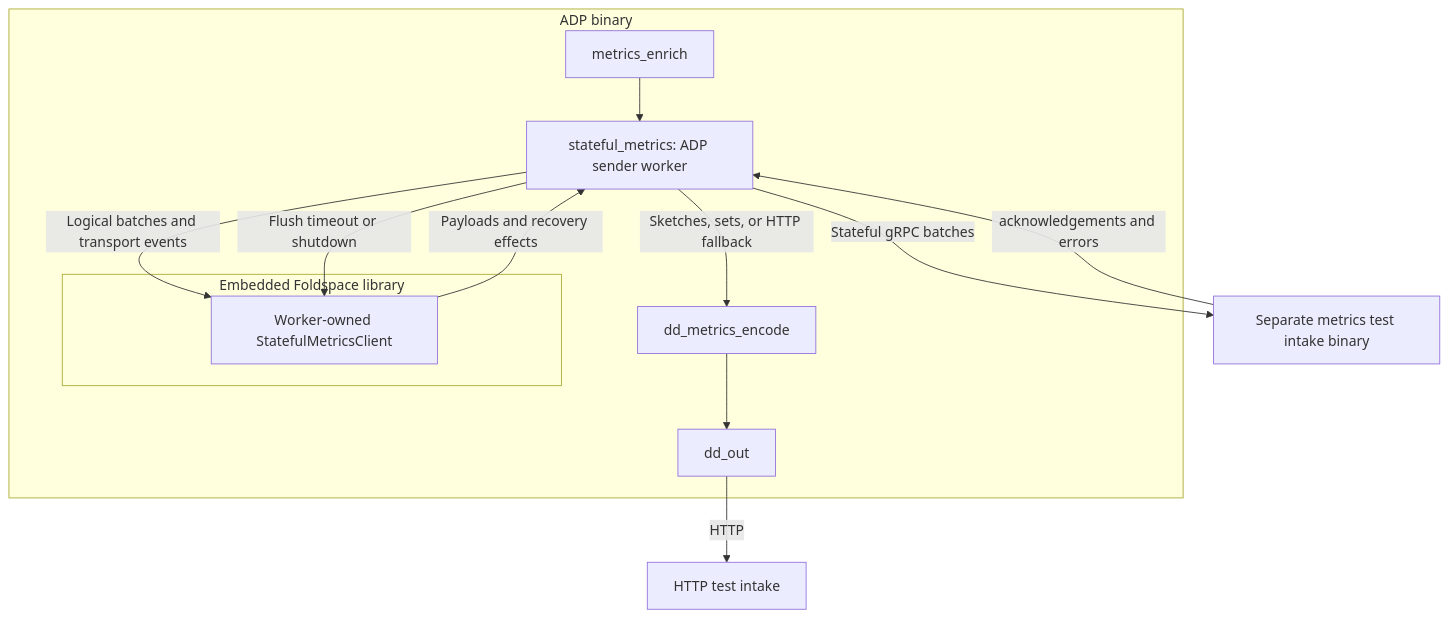
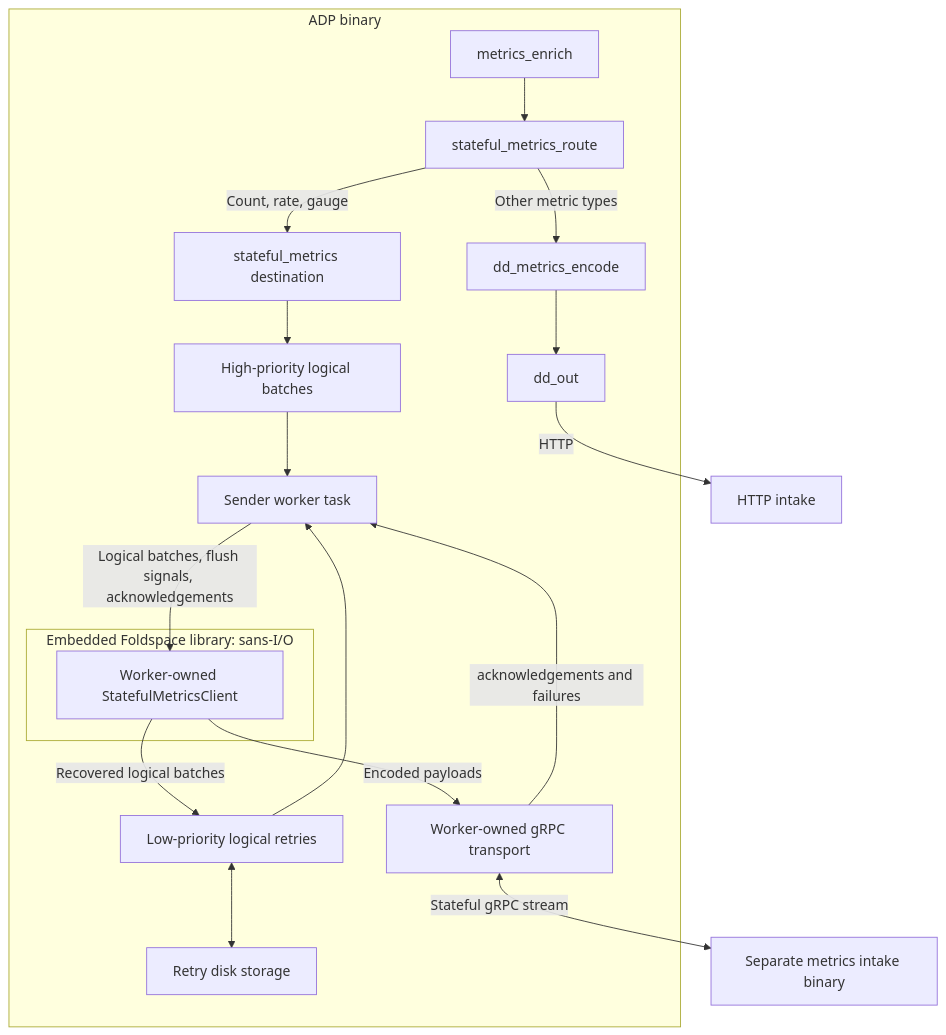
The diagram in docs/development/stateful-metrics.md (DataDog/saluki), drawn with Mermaid before and after one commit. The commit also changed other lines of this file and 12 other files, not shown here.

Commit message:
feat(agent-data-plane): persist logical retries in stateful sender

````diff
--- a/docs/development/stateful-metrics.md
+++ b/docs/development/stateful-metrics.md
@@ -12,17 +11,22 @@
 ```mermaid
 flowchart TB
     subgraph ADP[ADP binary]
-        Enrich[metrics_enrich] --> Worker["stateful_metrics: ADP sender worker"]
-        subgraph Library[Embedded Foldspace library]
-            Core["Worker-owned StatefulMetricsClient"]
+        Enrich[metrics_enrich] --> Route[stateful_metrics_route]
+        Route -->|Count, rate, gauge| Sender[stateful_metrics destination]
+        Route -->|Other metric types| Encode[dd_metrics_encode]
+        Encode --> Out[dd_out]
+        Sender --> High[High-priority logical batches]
+        High --> Worker[Sender worker task]
+        Low[Low-priority logical retries] --> Worker
+        Low <--> Disk[Retry disk storage]
+        subgraph Foldspace[Embedded Foldspace library: sans-I/O]
+            Core[Worker-owned StatefulMetricsClient]
         end
-        Worker -->|Logical batches and transport events| Core
-        Worker -->|Flush timeout or shutdown| Core
-        Core -->|Payloads and recovery effects| Worker
-        Worker -->|Sketches, sets, or HTTP fallback| Encode[dd_metrics_encode]
-        Encode --> Out[dd_out]
+        Worker -->|Logical batches, flush signals, acknowledgements| Core
+        Core -->|Encoded payloads| Transport[Worker-owned gRPC transport]
+        Transport -->|acknowledgements and failures| Worker
+        Core -->|Recovered logical batches| Low
     end
-    Worker -->|Stateful gRPC batches| Intake[Separate metrics test intake binary]
-    Intake -->|acknowledgements and errors| Worker
-    Out -->|HTTP| HTTP[HTTP test intake]
+    Transport <-->|Stateful gRPC stream| Intake[Separate metrics intake binary]
+    Out -->|HTTP| HTTP[HTTP intake]
 ```
````
